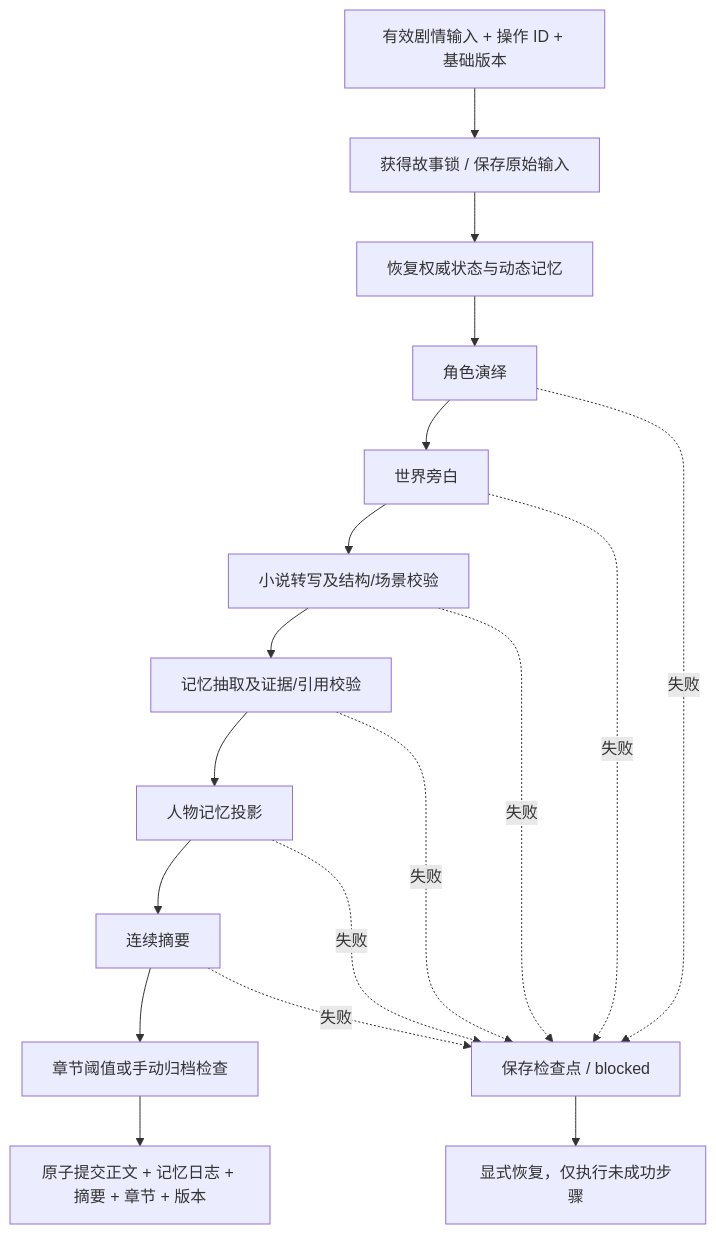
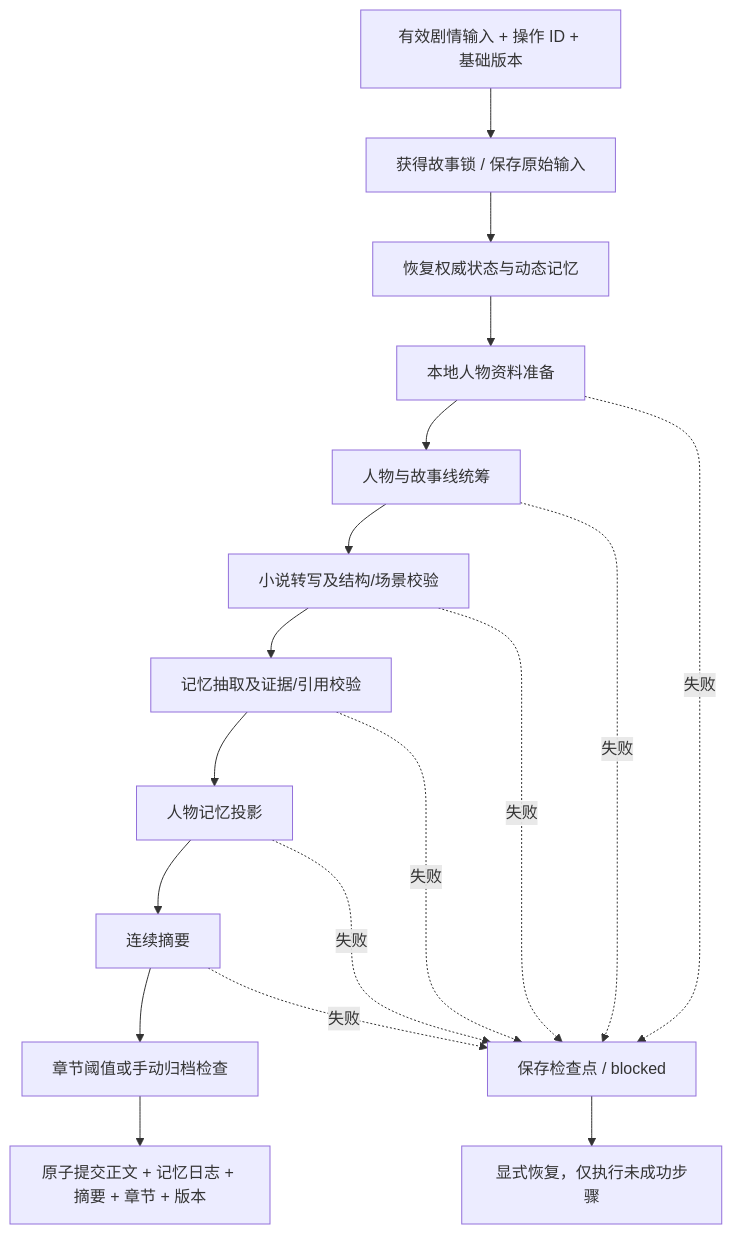
One commit to Torch-ju/0910-- changed the diagram in MAIN_AGENT_RULES.md. Above: the diagram before and after it, drawn with Mermaid. The commit also changed other lines of this file and 68 other files, not shown here.

````diff
--- a/MAIN_AGENT_RULES.md
+++ b/MAIN_AGENT_RULES.md
@@ -59,20 +59,20 @@
 ```mermaid
 flowchart TD
   A[有效剧情输入 + 操作 ID + 基础版本] --> B[获得故事锁 / 保存原始输入]
   B --> C[恢复权威状态与动态记忆]
-  C --> D[角色演绎]
-  D --> E[世界旁白]
+  C --> D[本地人物资料准备]
+  D --> E[人物与故事线统筹]
   E --> F[小说转写及结构/场景校验]
   F --> G[记忆抽取及证据/引用校验]
   G --> H[人物记忆投影]
   H --> I[连续摘要]
   I --> J[章节阈值或手动归档检查]
   J --> K[原子提交正文 + 记忆日志 + 摘要 + 章节 + 版本]
   D -. 失败 .-> X[保存检查点 / blocked]
   E -. 失败 .-> X
   F -. 失败 .-> X
   G -. 失败 .-> X
   H -. 失败 .-> X
   I -. 失败 .-> X
   X --> R[显式恢复，仅执行未成功步骤]
 ```
````
